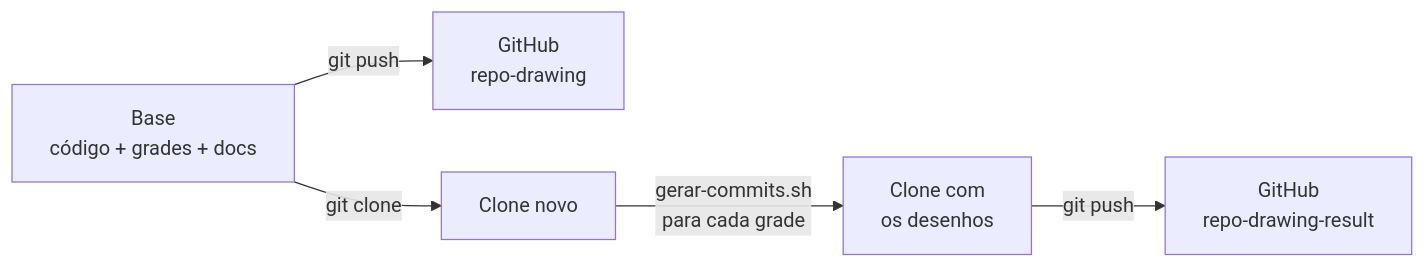
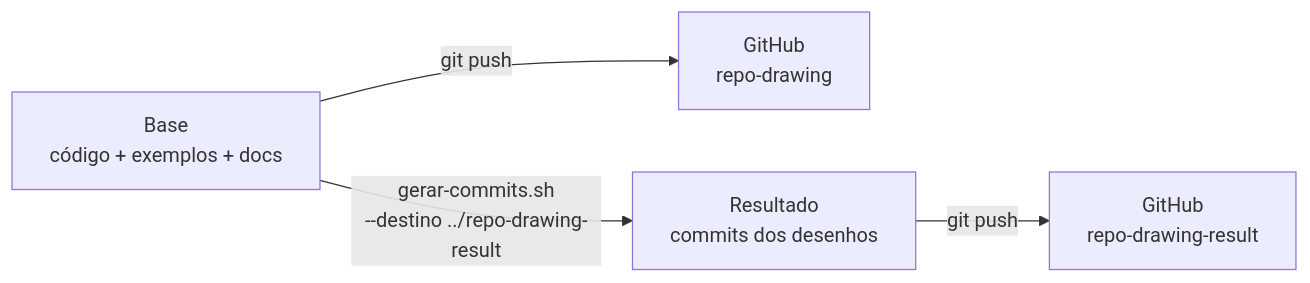
One commit to cj-2/repo-drawing changed the second of 2 diagrams in docs/01-visao-geral.md. Above: the diagram before and after it, drawn with Mermaid. The commit also changed other lines of this file and 13 other files, not shown here.

First line of the commit message:
Gera os desenhos daqui para um repositório de resultado

````diff
--- a/docs/01-visao-geral.md
+++ b/docs/01-visao-geral.md
@@ -72,7 +72,6 @@
 ```mermaid
 flowchart LR
-    B["Base<br>código + grades + docs"] -->|git push| R["GitHub<br>repo-drawing"]
-    B -->|git clone| C["Clone novo"]
-    C -->|gerar-commits.sh<br>para cada grade| D["Clone com<br>os desenhos"]
+    B["Base<br>código + exemplos + docs"] -->|git push| R["GitHub<br>repo-drawing"]
+    B -->|"gerar-commits.sh<br>--destino ../repo-drawing-result"| D["Resultado<br>commits dos desenhos"]
     D -->|git push| G["GitHub<br>repo-drawing-result"]
 ```
````
